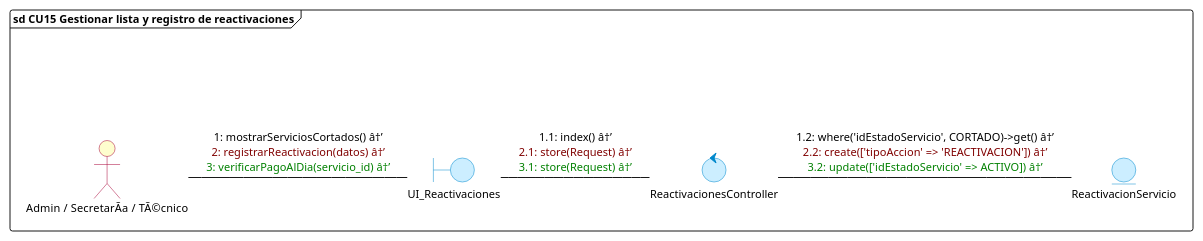
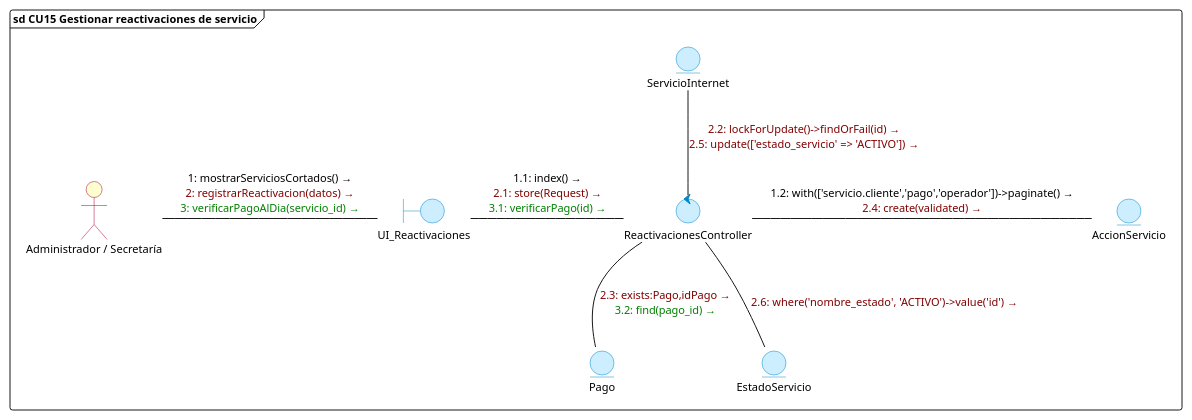
Diagram 15 of 17 in diagramas/comunicacion/diagramas_comunicacion_todos_cu.puml (DiogoMars777/TELCOM-2.0), drawn with PlantUML before and after one commit. The commit also changed other lines of this file and 16 other files, not shown here.

Commit message:
docs: actualizar diagramas de comunicacion CU01 al CU17 con modelos y tablas canonicas de BD

```diff
--- a/diagramas/comunicacion/diagramas_comunicacion_todos_cu.puml
+++ b/diagramas/comunicacion/diagramas_comunicacion_todos_cu.puml
@@ -463,31 +503,40 @@
 @startuml cu15_gestionar_reactivaciones
 skinparam backgroundColor white
 skinparam defaultFontName "Segoe UI"
 skinparam defaultFontSize 11
 skinparam interfaceBackgroundColor transparent
 skinparam interfaceBorderColor transparent
 skinparam actorBackgroundColor #FEFECE
 skinparam actorBorderColor #A80036
 skinparam boundaryBackgroundColor #CCEEFF
 skinparam boundaryBorderColor #0088CC
 skinparam controlBackgroundColor #CCEEFF
 skinparam controlBorderColor #0088CC
 skinparam entityBackgroundColor #CCEEFF
 skinparam entityBorderColor #0088CC
 
-frame "sd CU15 Gestionar lista y registro de reactivaciones" {
+frame "sd CU15 Gestionar reactivaciones de servicio" {
     () " " as spacer
-    actor "Admin / SecretarÃ­a / TÃ©cnico" as Admin
+    actor "Administrador / Secretaría" as Admin
     boundary UI_Reactivaciones
     control ReactivacionesController
-    entity ReactivacionServicio
+    entity AccionServicio
+    entity ServicioInternet
+    entity Pago
+    entity EstadoServicio
 
     spacer -[hidden]down- Admin
 
-    Admin -right- UI_Reactivaciones : <font color=#000000>1: mostrarServiciosCortados() â†’</font>\n<font color=#800000>2: registrarReactivacion(datos) â†’</font>\n<font color=#008000>3: verificarPagoAlDia(servicio_id) â†’</font>
+    Admin -right- UI_Reactivaciones : <font color=#000000>1: mostrarServiciosCortados() →</font>\n<font color=#800000>2: registrarReactivacion(datos) →</font>\n<font color=#008000>3: verificarPagoAlDia(servicio_id) →</font>
 
-    UI_Reactivaciones -right- ReactivacionesController : <font color=#000000>1.1: index() â†’</font>\n<font color=#800000>2.1: store(Request) â†’</font>\n<font color=#008000>3.1: store(Request) â†’</font>
+    UI_Reactivaciones -right- ReactivacionesController : <font color=#000000>1.1: index() →</font>\n<font color=#800000>2.1: store(Request) →</font>\n<font color=#008000>3.1: verificarPago(id) →</font>
 
-    ReactivacionesController -right- ReactivacionServicio : <font color=#000000>1.2: where('idEstadoServicio', CORTADO)->get() â†’</font>\n<font color=#800000>2.2: create(['tipoAccion' => 'REACTIVACION']) â†’</font>\n<font color=#008000>3.2: update(['idEstadoServicio' => ACTIVO]) â†’</font>
+    ReactivacionesController -right- AccionServicio : <font color=#000000>1.2: with(['servicio.cliente','pago','operador'])->paginate() →</font>\n<font color=#800000>2.4: create(validated) →</font>
+
+    ReactivacionesController -up- ServicioInternet : <font color=#800000>2.2: lockForUpdate()->findOrFail(id) →</font>\n<font color=#800000>2.5: update(['estado_servicio' => 'ACTIVO']) →</font>
+
+    ReactivacionesController -down- Pago : <font color=#800000>2.3: exists:Pago,idPago →</font>\n<font color=#008000>3.2: find(pago_id) →</font>
+
+    ReactivacionesController -down- EstadoServicio : <font color=#800000>2.6: where('nombre_estado', 'ACTIVO')->value('id') →</font>
 }
 @enduml
```
